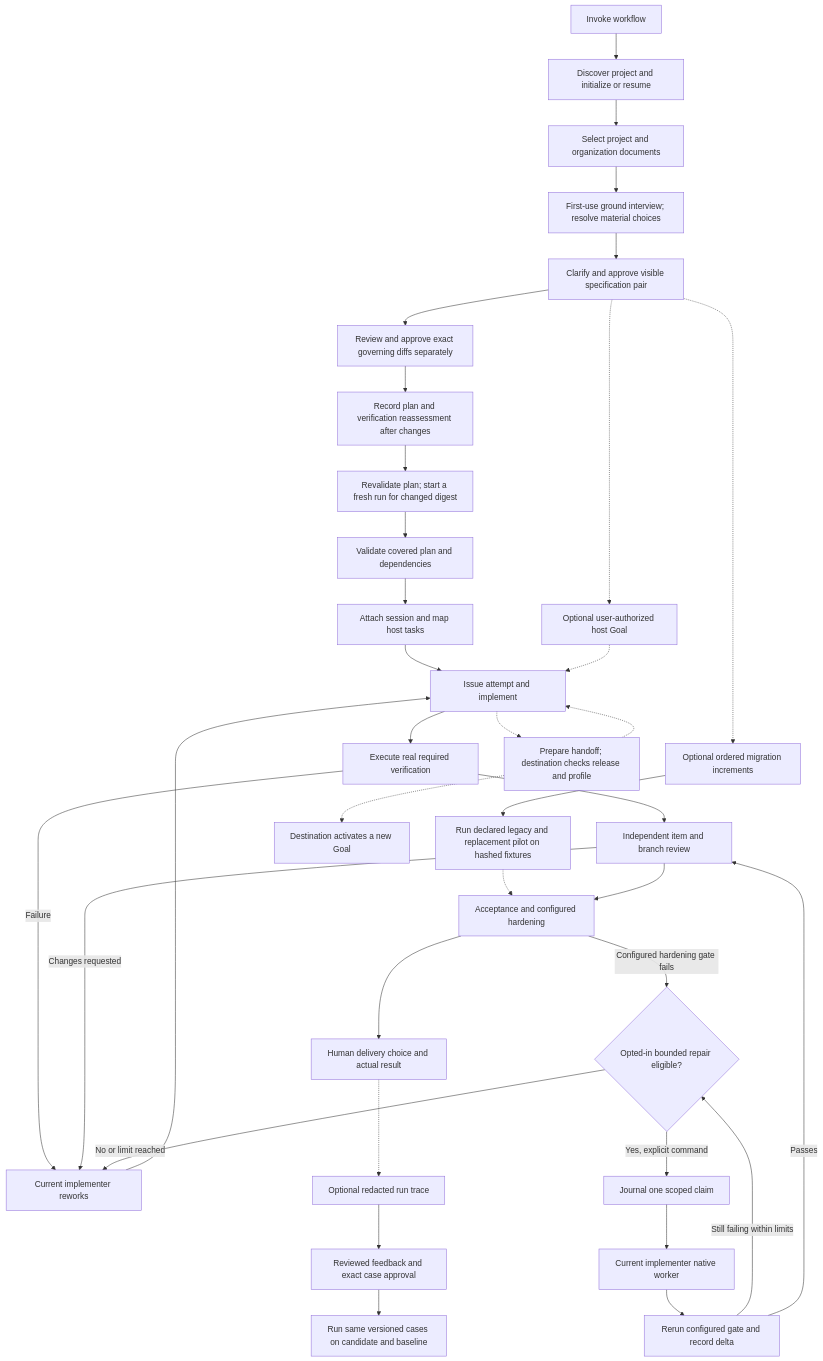
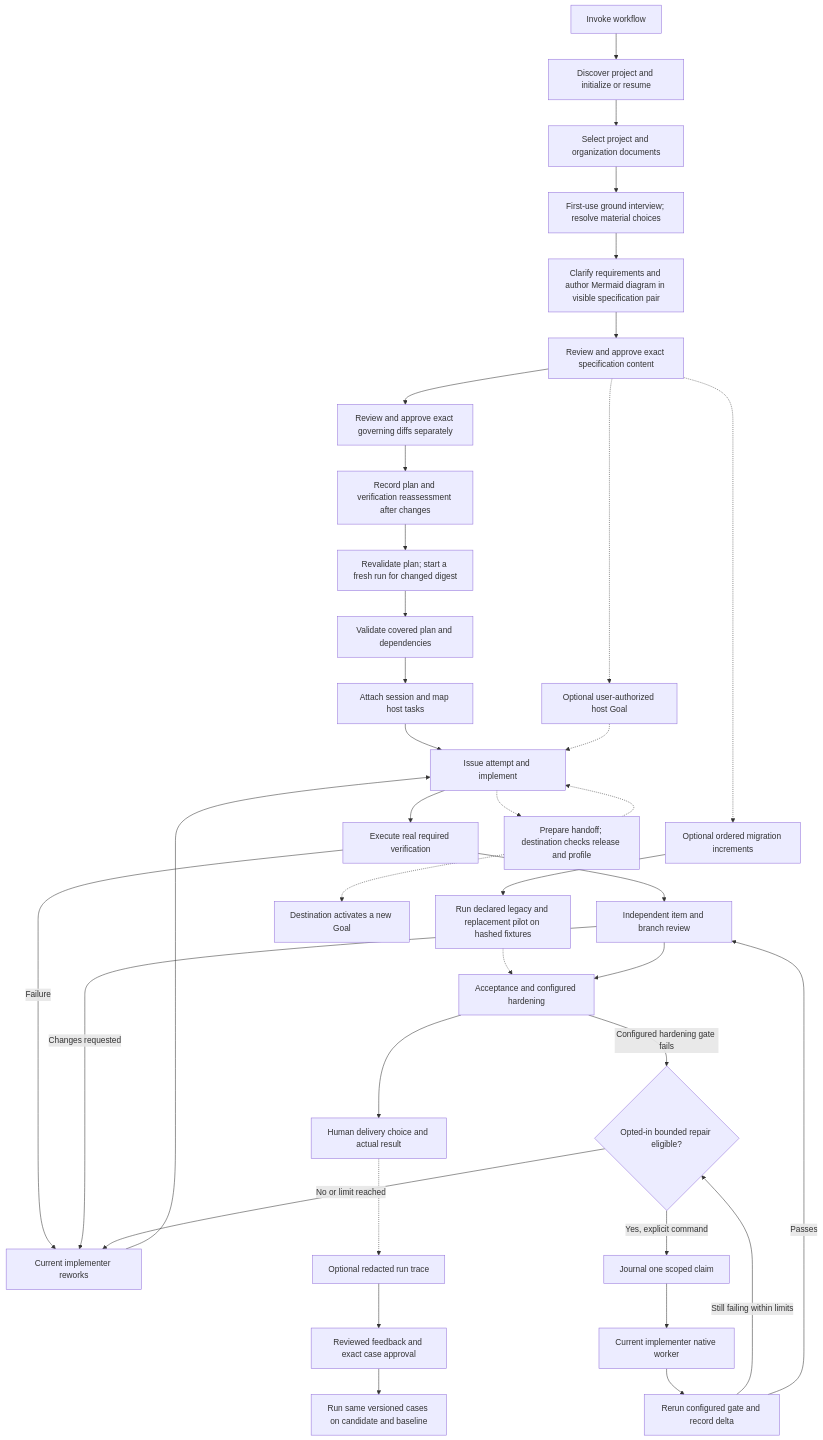
The first of 2 diagrams in docs/setup-and-usage.md (wgentil/devflow), drawn with Mermaid before and after one commit. The commit also changed other lines of this file and 15 other files, not shown here.

Commit message:
Require Mermaid diagrams in new repository specs

````diff
--- a/docs/setup-and-usage.md
+++ b/docs/setup-and-usage.md
@@ -89,38 +95,39 @@
 ```mermaid
 flowchart TD
     Invoke[Invoke workflow] --> Init[Discover project and initialize or resume]
     Init --> Docs[Select project and organization documents]
     Docs --> Ground[First-use ground interview; resolve material choices]
-    Ground --> Spec[Clarify and approve visible specification pair]
-    Spec --> Policy[Review and approve exact governing diffs separately]
+    Ground --> Spec[Clarify requirements and author Mermaid diagram in visible specification pair]
+    Spec --> SpecApprove[Review and approve exact specification content]
+    SpecApprove --> Policy[Review and approve exact governing diffs separately]
     Policy --> Impact[Record plan and verification reassessment after changes]
     Impact --> Fresh[Revalidate plan; start a fresh run for changed digest]
     Fresh --> Plan[Validate covered plan and dependencies]
-    Spec -.-> Migration[Optional ordered migration increments]
+    SpecApprove -.-> Migration[Optional ordered migration increments]
     Migration --> Pilot[Run declared legacy and replacement pilot on hashed fixtures]
     Pilot -.-> Accept
     Plan --> Attach[Attach session and map host tasks]
     Attach --> Work[Issue attempt and implement]
     Work --> Proof[Execute real required verification]
     Proof --> Review[Independent item and branch review]
     Review --> Accept[Acceptance and configured hardening]
     Accept --> Deliver[Human delivery choice and actual result]
     Proof -->|Failure| Fix[Current implementer reworks]
     Review -->|Changes requested| Fix
     Accept -->|Configured hardening gate fails| Repair{Opted-in bounded repair eligible?}
     Repair -->|Yes, explicit command| Claim[Journal one scoped claim]
     Claim --> Worker[Current implementer native worker]
     Worker --> Recheck[Rerun configured gate and record delta]
     Recheck -->|Still failing within limits| Repair
     Recheck -->|Passes| Review
     Repair -->|No or limit reached| Fix
     Fix --> Work
     Work -.-> Transfer[Prepare handoff; destination checks release and profile]
     Transfer -.-> Work
-    Spec -.-> Goal[Optional user-authorized host Goal]
+    SpecApprove -.-> Goal[Optional user-authorized host Goal]
     Goal -.-> Work
     Transfer -.-> NewGoal[Destination activates a new Goal]
     Deliver -.-> Trace[Optional redacted run trace]
     Trace --> Feedback[Reviewed feedback and exact case approval]
     Feedback --> Eval[Run same versioned cases on candidate and baseline]
 ```
````
